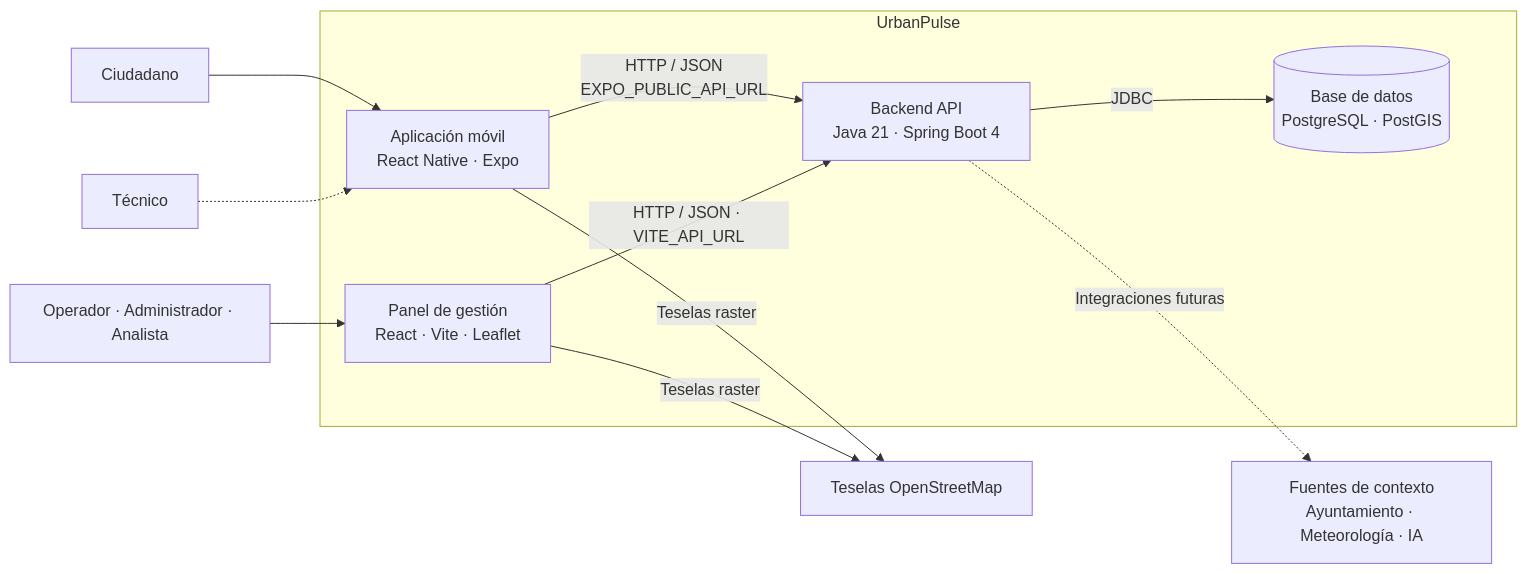
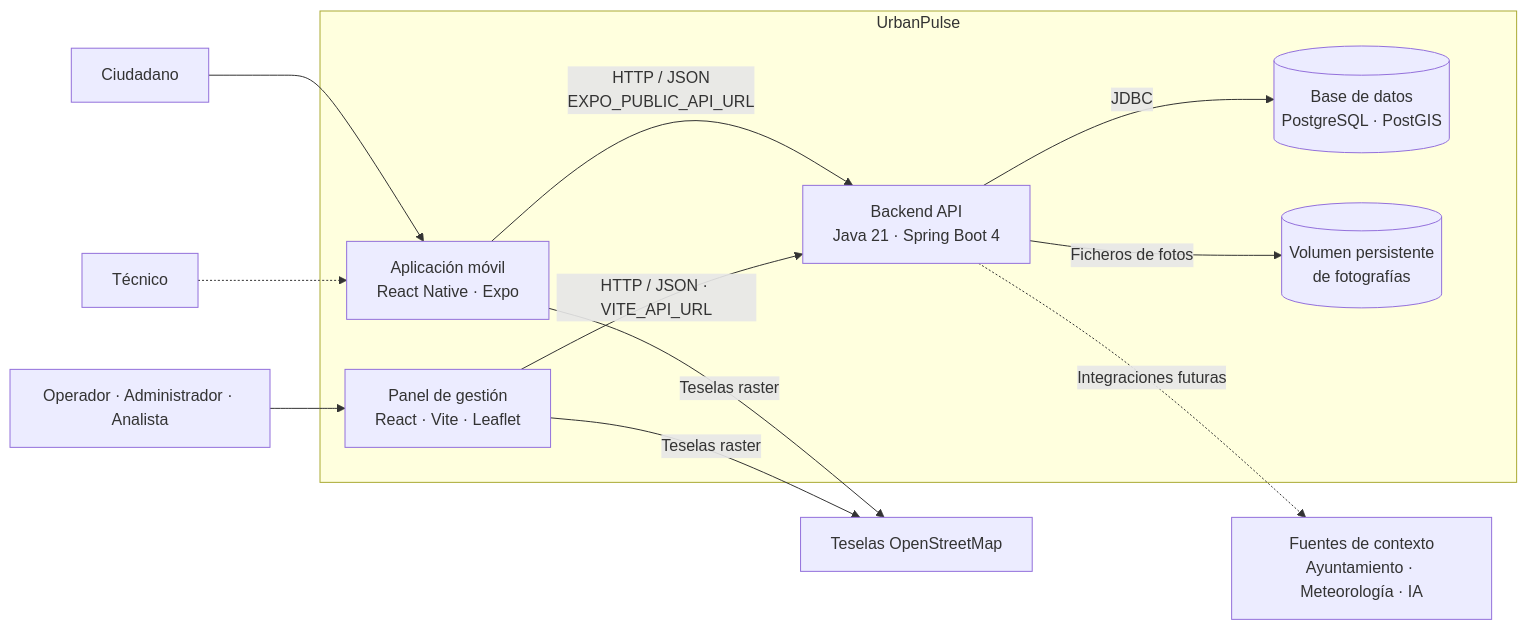
Before and after one commit to grupo-14-UMA/urbanpulse-incident-manager: the second of 3 diagrams in docs/architecture.md, drawn with Mermaid. The commit also changed other lines of this file and 29 other files, not shown here.

````diff
--- a/docs/architecture.md
+++ b/docs/architecture.md
@@ -59,26 +59,28 @@
 ```mermaid
 flowchart LR
     citizen[Ciudadano]
     technician[Técnico]
     staff[Operador · Administrador · Analista]
 
     subgraph system[UrbanPulse]
         mobile[Aplicación móvil<br/>React Native · Expo]
         web[Panel de gestión<br/>React · Vite · Leaflet]
         api[Backend API<br/>Java 21 · Spring Boot 4]
         db[(Base de datos<br/>PostgreSQL · PostGIS)]
+        photos[(Volumen persistente<br/>de fotografías)]
     end
 
     osm[Teselas OpenStreetMap]
     data[Fuentes de contexto<br/>Ayuntamiento · Meteorología · IA]
 
     citizen --> mobile
     technician -.-> mobile
     staff --> web
     mobile -->|HTTP / JSON<br/>EXPO_PUBLIC_API_URL| api
     web -->|HTTP / JSON · VITE_API_URL| api
     api -->|JDBC| db
+    api -->|Ficheros de fotos| photos
     mobile -->|Teselas raster| osm
     web -->|Teselas raster| osm
     api -.->|Integraciones futuras| data
 ```
````
